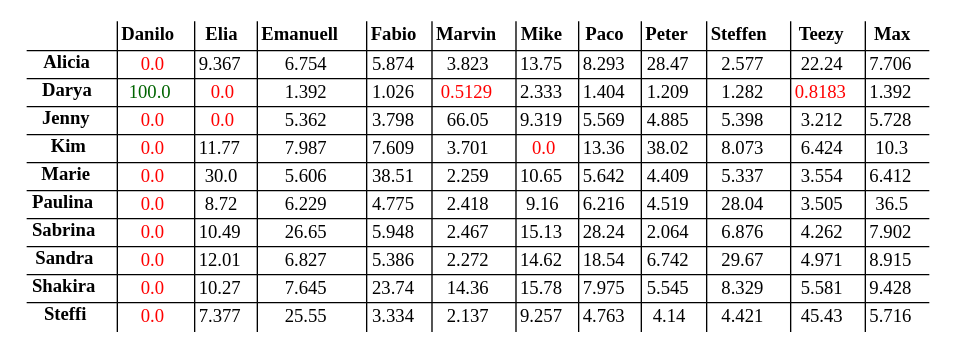
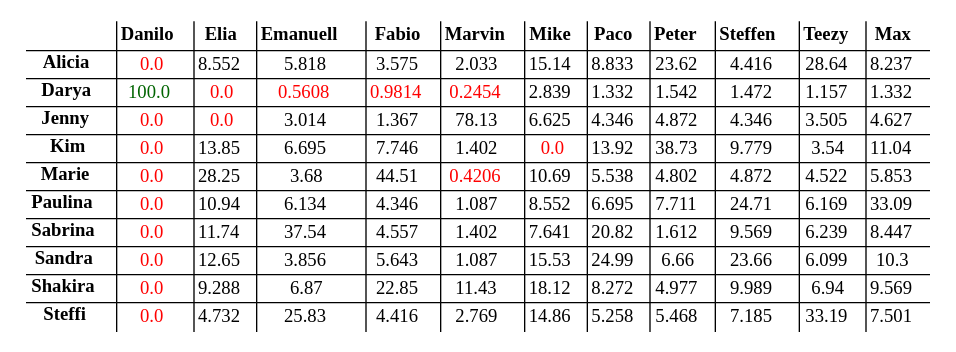
The diagram in s03r/s03r_tab.dot (atticus-sullivan/sim-ayto), drawn with Graphviz before and after one commit. The commit also changed 6 other files, not shown here.

```diff
--- a/s03r/s03r_tab.dot
+++ b/s03r/s03r_tab.dot
@@ -1,148 +1,148 @@
 digraph structs { node[shape=plaintext] struct[label=<
 <table cellspacing="2" border="0" rows="*" columns="*">
 <tr>
 <td></td>
 <td><B>Danilo</B></td>
 <td><B>Elia</B></td>
 <td><B>Emanuell</B></td>
 <td><B>Fabio</B></td>
 <td><B>Marvin</B></td>
 <td><B>Mike</B></td>
 <td><B>Paco</B></td>
 <td><B>Peter</B></td>
 <td><B>Steffen</B></td>
 <td><B>Teezy</B></td>
 <td><B>Max</B></td>
 </tr>
 <tr><td><B>Alicia</B></td>
 <td><font color="red">0.0</font></td>
-<td><font color="black">9.367</font></td>
-<td><font color="black">6.754</font></td>
-<td><font color="black">5.874</font></td>
-<td><font color="black">3.823</font></td>
-<td><font color="black">13.75</font></td>
-<td><font color="black">8.293</font></td>
-<td><font color="black">28.47</font></td>
-<td><font color="black">2.577</font></td>
-<td><font color="black">22.24</font></td>
-<td><font color="black">7.706</font></td>
+<td><font color="black">8.552</font></td>
+<td><font color="black">5.818</font></td>
+<td><font color="black">3.575</font></td>
+<td><font color="black">2.033</font></td>
+<td><font color="black">15.14</font></td>
+<td><font color="black">8.833</font></td>
+<td><font color="black">23.62</font></td>
+<td><font color="black">4.416</font></td>
+<td><font color="black">28.64</font></td>
+<td><font color="black">8.237</font></td>
 </tr>
 <tr><td><B>Darya</B></td>
 <td><font color="darkgreen">100.0</font></td>
 <td><font color="red">0.0</font></td>
-<td><font color="black">1.392</font></td>
-<td><font color="black">1.026</font></td>
-<td><font color="red">0.5129</font></td>
-<td><font color="black">2.333</font></td>
-<td><font color="black">1.404</font></td>
-<td><font color="black">1.209</font></td>
-<td><font color="black">1.282</font></td>
-<td><font color="red">0.8183</font></td>
-<td><font color="black">1.392</font></td>
+<td><font color="red">0.5608</font></td>
+<td><font color="red">0.9814</font></td>
+<td><font color="red">0.2454</font></td>
+<td><font color="black">2.839</font></td>
+<td><font color="black">1.332</font></td>
+<td><font color="black">1.542</font></td>
+<td><font color="black">1.472</font></td>
+<td><font color="black">1.157</font></td>
+<td><font color="black">1.332</font></td>
 </tr>
 <tr><td><B>Jenny</B></td>
 <td><font color="red">0.0</font></td>
 <td><font color="red">0.0</font></td>
-<td><font color="black">5.362</font></td>
-<td><font color="black">3.798</font></td>
-<td><font color="black">66.05</font></td>
-<td><font color="black">9.319</font></td>
-<td><font color="black">5.569</font></td>
-<td><font color="black">4.885</font></td>
-<td><font color="black">5.398</font></td>
-<td><font color="black">3.212</font></td>
-<td><font color="black">5.728</font></td>
+<td><font color="black">3.014</font></td>
+<td><font color="black">1.367</font></td>
+<td><font color="black">78.13</font></td>
+<td><font color="black">6.625</font></td>
+<td><font color="black">4.346</font></td>
+<td><font color="black">4.872</font></td>
+<td><font color="black">4.346</font></td>
+<td><font color="black">3.505</font></td>
+<td><font color="black">4.627</font></td>
 </tr>
 <tr><td><B>Kim</B></td>
 <td><font color="red">0.0</font></td>
-<td><font color="black">11.77</font></td>
-<td><font color="black">7.987</font></td>
-<td><font color="black">7.609</font></td>
-<td><font color="black">3.701</font></td>
+<td><font color="black">13.85</font></td>
+<td><font color="black">6.695</font></td>
+<td><font color="black">7.746</font></td>
+<td><font color="black">1.402</font></td>
 <td><font color="red">0.0</font></td>
-<td><font color="black">13.36</font></td>
-<td><font color="black">38.02</font></td>
-<td><font color="black">8.073</font></td>
-<td><font color="black">6.424</font></td>
-<td><font color="black">10.3</font></td>
+<td><font color="black">13.92</font></td>
+<td><font color="black">38.73</font></td>
+<td><font color="black">9.779</font></td>
+<td><font color="black">3.54</font></td>
+<td><font color="black">11.04</font></td>
 </tr>
 <tr><td><B>Marie</B></td>
 <td><font color="red">0.0</font></td>
-<td><font color="black">30.0</font></td>
-<td><font color="black">5.606</font></td>
-<td><font color="black">38.51</font></td>
-<td><font color="black">2.259</font></td>
-<td><font color="black">10.65</font></td>
-<td><font color="black">5.642</font></td>
-<td><font color="black">4.409</font></td>
-<td><font color="black">5.337</font></td>
-<td><font color="black">3.554</font></td>
-<td><font color="black">6.412</font></td>
+<td><font color="black">28.25</font></td>
+<td><font color="black">3.68</font></td>
+<td><font color="black">44.51</font></td>
+<td><font color="red">0.4206</font></td>
+<td><font color="black">10.69</font></td>
+<td><font color="black">5.538</font></td>
+<td><font color="black">4.802</font></td>
+<td><font color="black">4.872</font></td>
+<td><font color="black">4.522</font></td>
+<td><font color="black">5.853</font></td>
 </tr>
 <tr><td><B>Paulina</B></td>
 <td><font color="red">0.0</font></td>
-<td><font color="black">8.72</font></td>
-<td><font color="black">6.229</font></td>
-<td><font color="black">4.775</font></td>
-<td><font color="black">2.418</font></td>
-<td><font color="black">9.16</font></td>
-<td><font color="black">6.216</font></td>
-<td><font color="black">4.519</font></td>
-<td><font color="black">28.04</font></td>
-<td><font color="black">3.505</font></td>
-<td><font color="black">36.5</font></td>
+<td><font color="black">10.94</font></td>
+<td><font color="black">6.134</font></td>
+<td><font color="black">4.346</font></td>
+<td><font color="black">1.087</font></td>
+<td><font color="black">8.552</font></td>
+<td><font color="black">6.695</font></td>
+<td><font color="black">7.711</font></td>
+<td><font color="black">24.71</font></td>
+<td><font color="black">6.169</font></td>
+<td><font color="black">33.09</font></td>
 </tr>
 <tr><td><B>Sabrina</B></td>
 <td><font color="red">0.0</font></td>
-<td><font color="black">10.49</font></td>
-<td><font color="black">26.65</font></td>
-<td><font color="black">5.948</font></td>
-<td><font color="black">2.467</font></td>
-<td><font color="black">15.13</font></td>
-<td><font color="black">28.24</font></td>
-<td><font color="black">2.064</font></td>
-<td><font color="black">6.876</font></td>
-<td><font color="black">4.262</font></td>
-<td><font color="black">7.902</font></td>
+<td><font color="black">11.74</font></td>
+<td><font color="black">37.54</font></td>
+<td><font color="black">4.557</font></td>
+<td><font color="black">1.402</font></td>
+<td><font color="black">7.641</font></td>
+<td><font color="black">20.82</font></td>
+<td><font color="black">1.612</font></td>
+<td><font color="black">9.569</font></td>
+<td><font color="black">6.239</font></td>
+<td><font color="black">8.447</font></td>
 </tr>
 <tr><td><B>Sandra</B></td>
 <td><font color="red">0.0</font></td>
-<td><font color="black">12.01</font></td>
-<td><font color="black">6.827</font></td>
-<td><font color="black">5.386</font></td>
-<td><font color="black">2.272</font></td>
-<td><font color="black">14.62</font></td>
-<td><font color="black">18.54</font></td>
-<td><font color="black">6.742</font></td>
-<td><font color="black">29.67</font></td>
-<td><font color="black">4.971</font></td>
-<td><font color="black">8.915</font></td>
+<td><font color="black">12.65</font></td>
+<td><font color="black">3.856</font></td>
+<td><font color="black">5.643</font></td>
+<td><font color="black">1.087</font></td>
+<td><font color="black">15.53</font></td>
+<td><font color="black">24.99</font></td>
+<td><font color="black">6.66</font></td>
+<td><font color="black">23.66</font></td>
+<td><font color="black">6.099</font></td>
+<td><font color="black">10.3</font></td>
 </tr>
 <tr><td><B>Shakira</B></td>
 <td><font color="red">0.0</font></td>
-<td><font color="black">10.27</font></td>
-<td><font color="black">7.645</font></td>
-<td><font color="black">23.74</font></td>
-<td><font color="black">14.36</font></td>
-<td><font color="black">15.78</font></td>
-<td><font color="black">7.975</font></td>
-<td><font color="black">5.545</font></td>
-<td><font color="black">8.329</font></td>
-<td><font color="black">5.581</font></td>
-<td><font color="black">9.428</font></td>
+<td><font color="black">9.288</font></td>
+<td><font color="black">6.87</font></td>
+<td><font color="black">22.85</font></td>
+<td><font color="black">11.43</font></td>
+<td><font color="black">18.12</font></td>
+<td><font color="black">8.272</font></td>
+<td><font color="black">4.977</font></td>
+<td><font color="black">9.989</font></td>
+<td><font color="black">6.94</font></td>
+<td><font color="black">9.569</font></td>
 </tr>
 <tr><td><B>Steffi</B></td>
 <td><font color="red">0.0</font></td>
-<td><font color="black">7.377</font></td>
-<td><font color="black">25.55</font></td>
-<td><font color="black">3.334</font></td>
-<td><font color="black">2.137</font></td>
-<td><font color="black">9.257</font></td>
-<td><font color="black">4.763</font></td>
-<td><font color="black">4.14</font></td>
-<td><font color="black">4.421</font></td>
-<td><font color="black">45.43</font></td>
-<td><font color="black">5.716</font></td>
+<td><font color="black">4.732</font></td>
+<td><font color="black">25.83</font></td>
+<td><font color="black">4.416</font></td>
+<td><font color="black">2.769</font></td>
+<td><font color="black">14.86</font></td>
+<td><font color="black">5.258</font></td>
+<td><font color="black">5.468</font></td>
+<td><font color="black">7.185</font></td>
+<td><font color="black">33.19</font></td>
+<td><font color="black">7.501</font></td>
 </tr>
 </table>
 >];}
```
